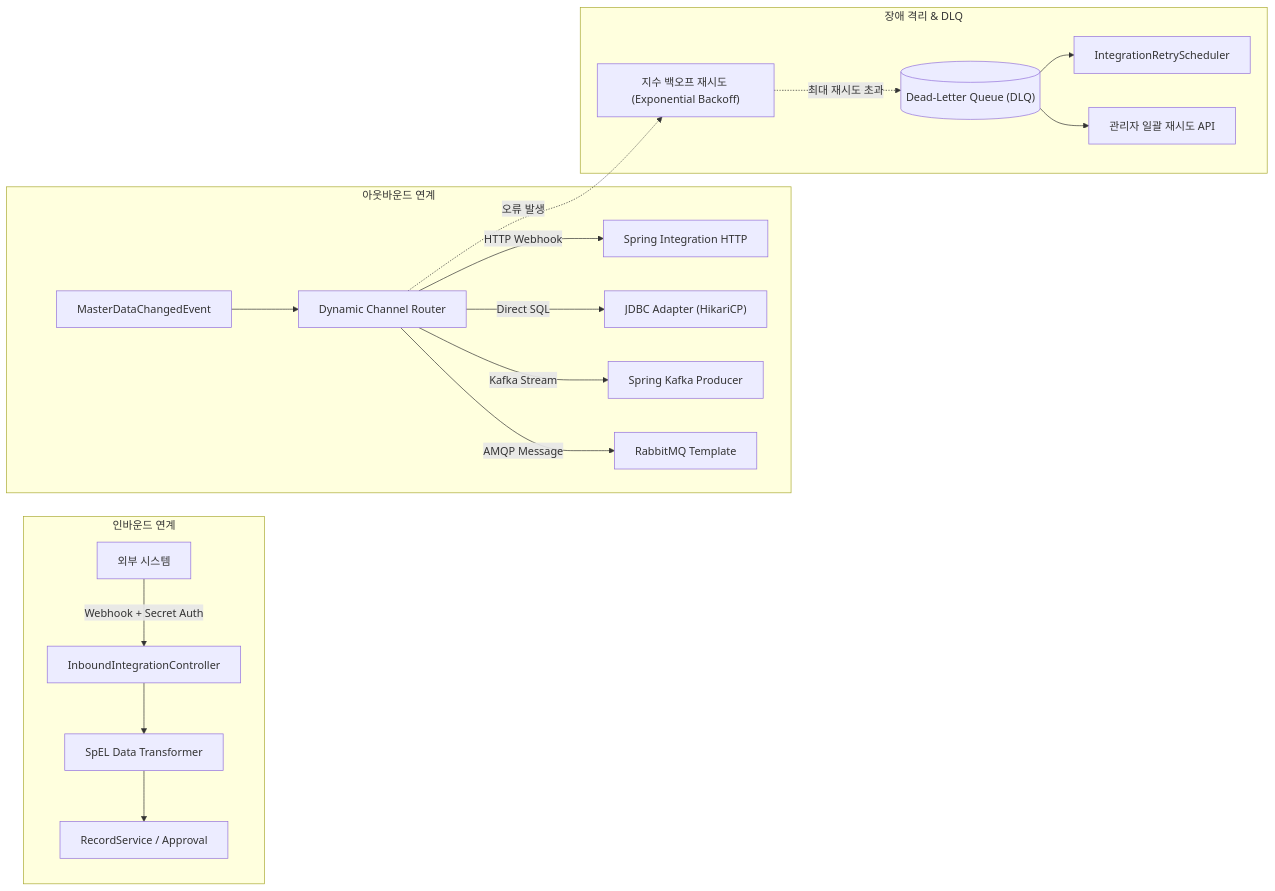
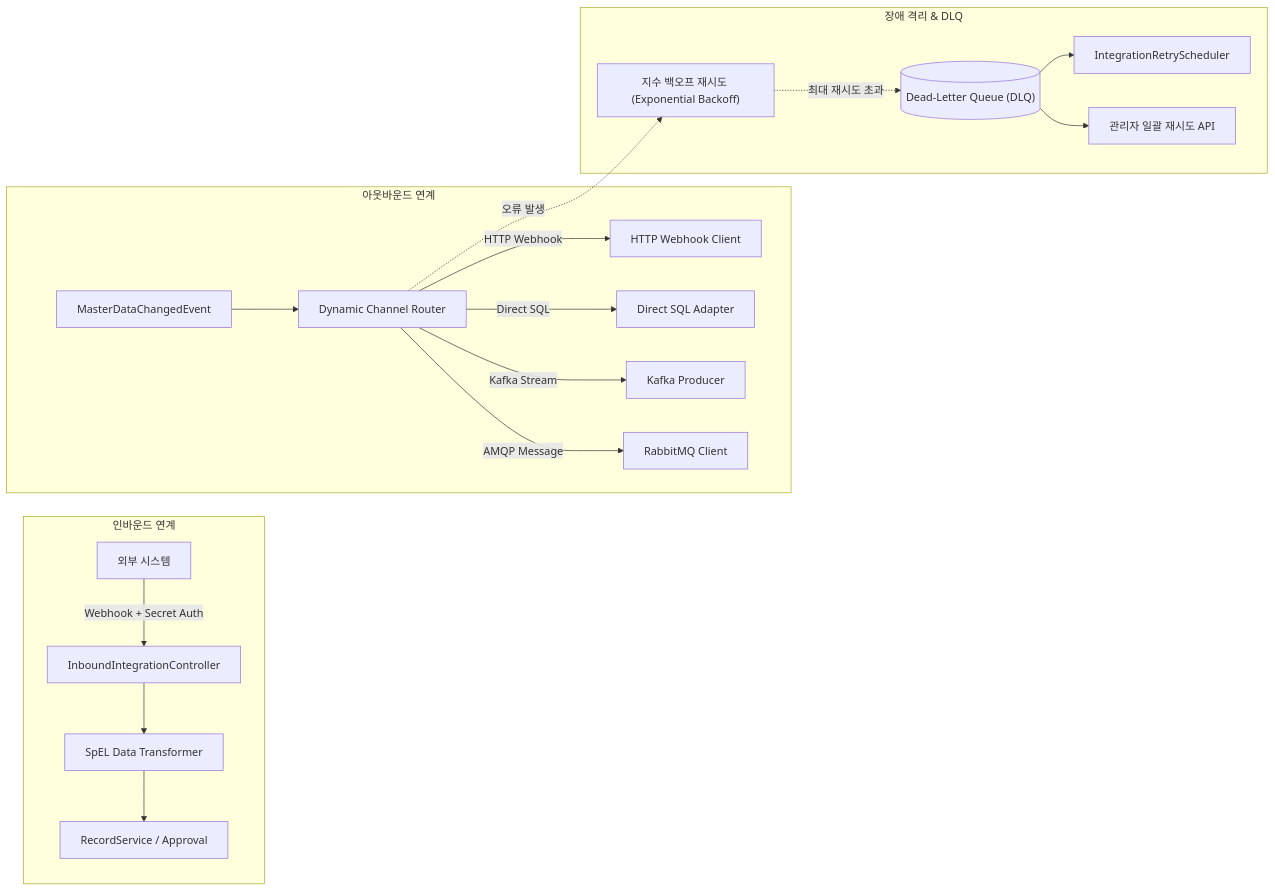
One commit to Profavor/mplatform changed the diagram in spac/7_integration_feature_spec.md. Above: the diagram before and after it, drawn with Mermaid. The commit also changed other lines of this file and 14 other files, not shown here.

````diff
--- a/spac/7_integration_feature_spec.md
+++ b/spac/7_integration_feature_spec.md
@@ -9,23 +9,23 @@
 ```mermaid
 graph LR
     subgraph InboundFlow ["인바운드 연계"]
         EXT_IN["외부 시스템"] -->|Webhook + Secret Auth| IN_CTRL["InboundIntegrationController"]
         IN_CTRL --> MAP_IN["SpEL Data Transformer"]
         MAP_IN --> REC_SVC["RecordService / Approval"]
     end
 
     subgraph OutboundFlow ["아웃바운드 연계"]
         EVT["MasterDataChangedEvent"] --> ROUTER["Dynamic Channel Router"]
-        ROUTER -->|HTTP Webhook| OUT_HTTP["Spring Integration HTTP"]
-        ROUTER -->|Direct SQL| OUT_JDBC["JDBC Adapter (HikariCP)"]
-        ROUTER -->|Kafka Stream| OUT_KAFKA["Spring Kafka Producer"]
-        ROUTER -->|AMQP Message| OUT_RABBIT["RabbitMQ Template"]
+        ROUTER -->|HTTP Webhook| OUT_HTTP["HTTP Webhook Client"]
+        ROUTER -->|Direct SQL| OUT_JDBC["Direct SQL Adapter"]
+        ROUTER -->|Kafka Stream| OUT_KAFKA["Kafka Producer"]
+        ROUTER -->|AMQP Message| OUT_RABBIT["RabbitMQ Client"]
     end
 
     subgraph ErrorHandling ["장애 격리 & DLQ"]
         ROUTER -.->|오류 발생| BACKOFF["지수 백오프 재시도 (Exponential Backoff)"]
         BACKOFF -.->|최대 재시도 초과| DLQ[("Dead-Letter Queue (DLQ)")]
         DLQ --> RE_SCHED["IntegrationRetryScheduler"]
         DLQ --> ADMIN_RETRY["관리자 일괄 재시도 API"]
     end
 ```
````
